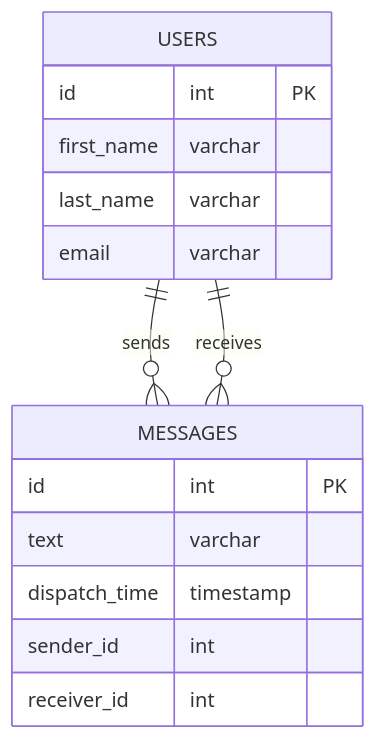
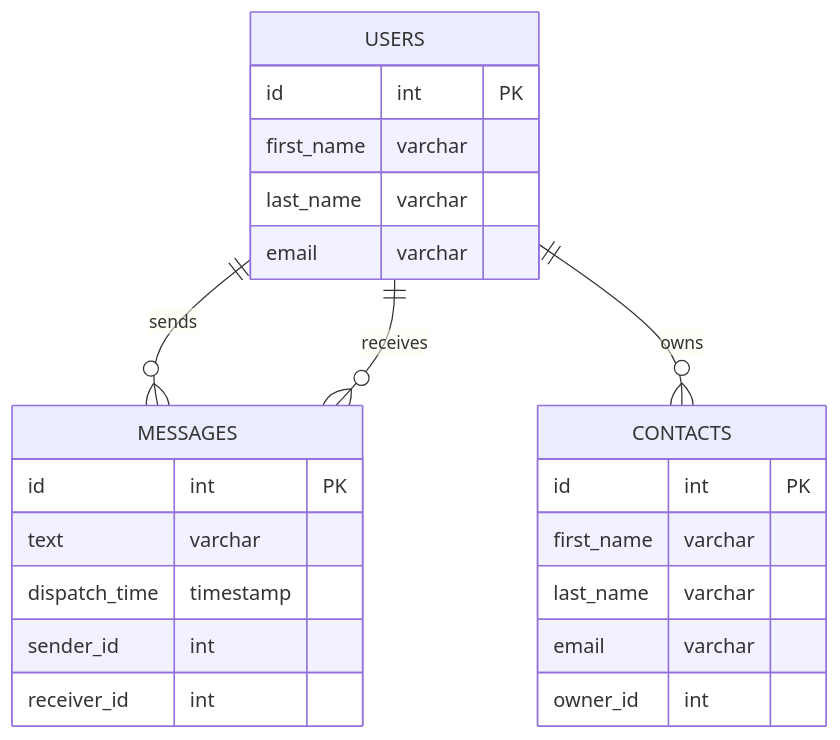
One commit to Korius668/ChatApp changed the third of 3 diagrams in README.md. Above: the diagram before and after it, drawn with Mermaid. The commit also changed other lines of this file, not shown here.

````diff
--- a/README.md
+++ b/README.md
@@ -79,18 +86,26 @@
 ```mermaid
 erDiagram
     USERS {
         id int PK
         first_name varchar
         last_name varchar
         email varchar
+    }
+    CONTACTS {
+        id int PK
+        first_name varchar
+        last_name varchar
+        email varchar
+        owner_id int
     }
     MESSAGES {
         id int PK
         text varchar
         dispatch_time timestamp
         sender_id int
         receiver_id int
     }
     USERS ||--o{ MESSAGES : sends
     USERS ||--o{ MESSAGES : receives
+    USERS ||--o{ CONTACTS : owns
 ```
````
